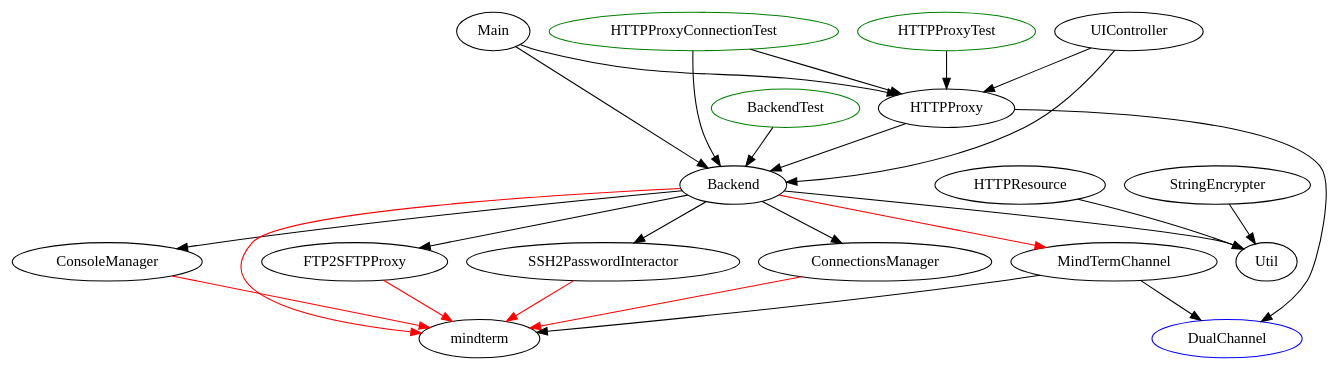
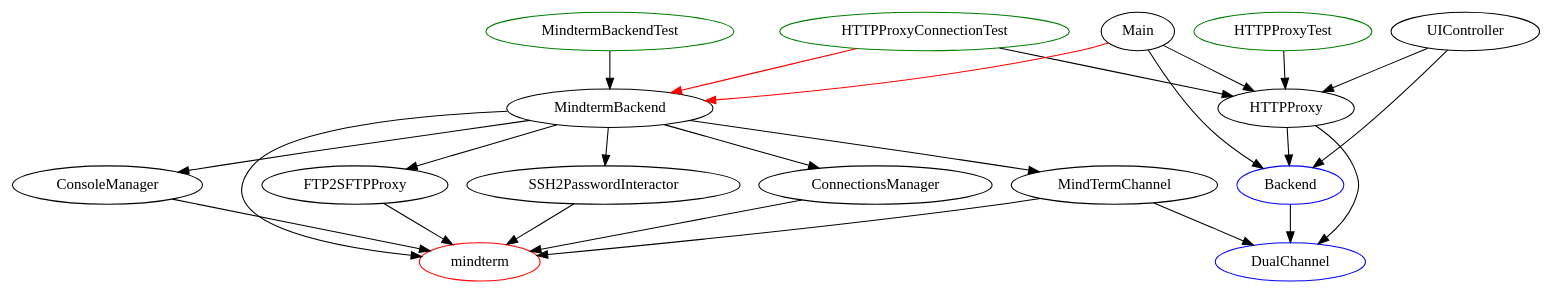
The diagram in doc/mindterm.dot (nauphone/ServerAccess), drawn with Graphviz before and after one commit. The commit also changed 2 other files, not shown here.

```diff
--- a/doc/mindterm.dot
+++ b/doc/mindterm.dot
@@ -1,46 +1,46 @@
 digraph g {
 
 // Test classes
-BackendTest [color="green"];
+MindtermBackendTest [color="green"];
 HTTPProxyConnectionTest [color="green"];
 HTTPProxyTest [color="green"];
 
 // MindTerm dependencies
-ConsoleManager -> mindterm [color="red"];
-Backend -> mindterm [color="red"];
-FTP2SFTPProxy -> mindterm [color="red"];
-SSH2PasswordInteractor -> mindterm [color="red"];
-ConnectionsManager -> mindterm [color="red"];
+mindterm [color="red"];
+ConsoleManager -> mindterm;
+MindtermBackend -> mindterm;
+FTP2SFTPProxy -> mindterm;
+SSH2PasswordInteractor -> mindterm;
+ConnectionsManager -> mindterm;
 
 // New interfaces & dependencies
 DualChannel [color="blue"];
+Backend [color="blue"];
+Backend -> DualChannel;
 MindTermChannel;
 
 MindTermChannel -> DualChannel;
 MindTermChannel -> mindterm;
-Backend -> MindTermChannel [color="red"];
+MindtermBackend -> MindTermChannel;
 HTTPProxy -> DualChannel;
 
 // Class cross-dependencies
 
-Backend -> ConsoleManager;
+MindtermBackend -> ConsoleManager;
 
 HTTPProxy -> Backend;
 Main -> Backend;
+Main -> MindtermBackend [color="red"];
 UIController -> Backend;
-BackendTest -> Backend;
-HTTPProxyConnectionTest -> Backend;
-
-Backend -> Util;
-HTTPResource -> Util;
-StringEncrypter -> Util;
+MindtermBackendTest -> MindtermBackend;
+HTTPProxyConnectionTest -> MindtermBackend [color="red"];
 
 Main -> HTTPProxy;
 UIController -> HTTPProxy;
 HTTPProxyConnectionTest -> HTTPProxy;
 HTTPProxyTest -> HTTPProxy;
 
-Backend -> FTP2SFTPProxy;
-Backend -> SSH2PasswordInteractor;
-Backend -> ConnectionsManager;
+MindtermBackend -> FTP2SFTPProxy;
+MindtermBackend -> SSH2PasswordInteractor;
+MindtermBackend -> ConnectionsManager;
 }
```
